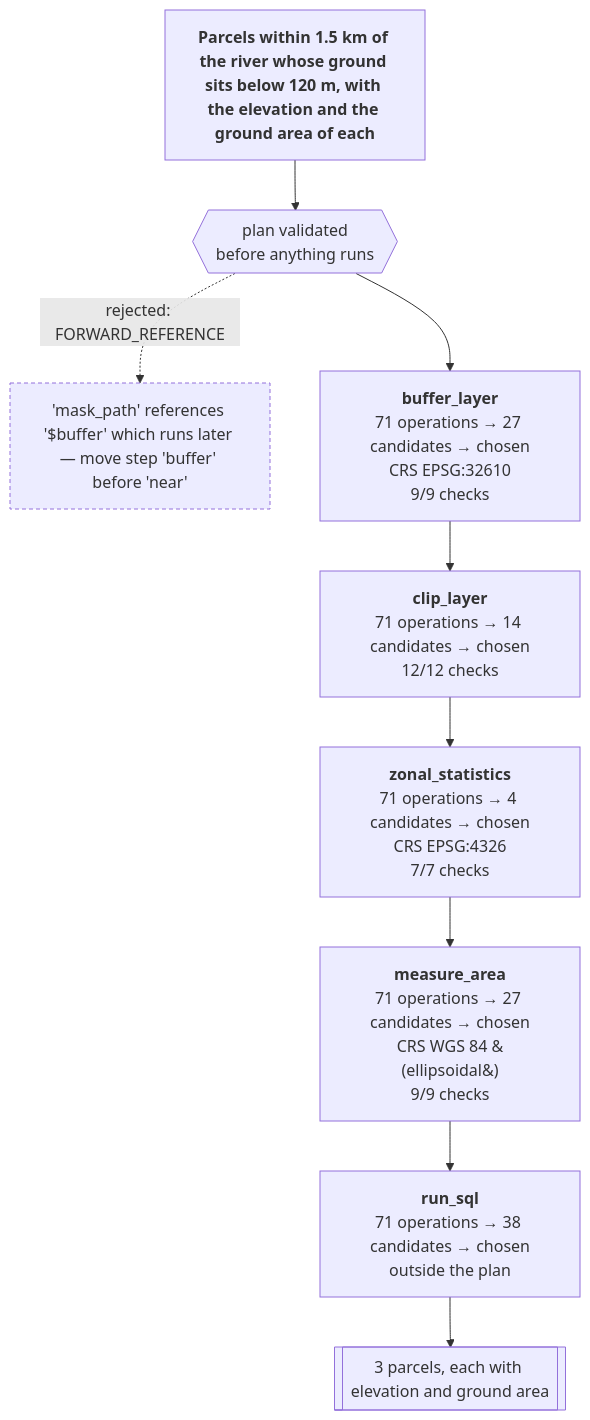
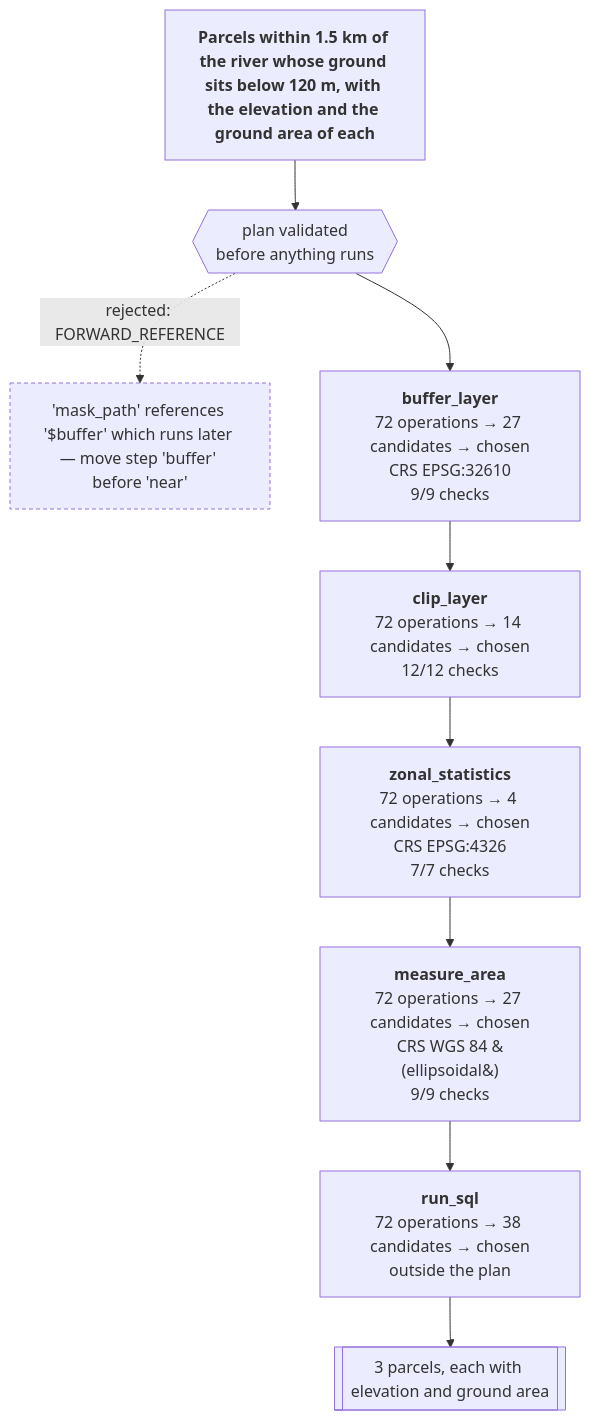
One commit to mapsmith-ai/MapSmith changed the diagram in README.md. Above: the diagram before and after it, drawn with Mermaid. The commit also changed other lines of this file and 1 other file, not shown here.

````diff
--- a/README.md
+++ b/README.md
@@ -507,20 +507,20 @@
 ```mermaid
 flowchart TB
   ASK["<b>Parcels within 1.5 km of the river whose ground sits below 120 m, with the elevation and the ground area of each</b>"]
   ASK --> PLAN{{"plan validated<br/>before anything runs"}}
   PLAN -. "rejected: FORWARD_REFERENCE" .-> BAD["'mask_path' references '$buffer' which runs later — move step 'buffer' before 'near'"]
   BAD:::bad
-  BUFFER["<b>buffer_layer</b><br/>71 operations &rarr; 27 candidates &rarr; chosen<br/>CRS EPSG:32610<br/>9/9 checks"]
+  BUFFER["<b>buffer_layer</b><br/>72 operations &rarr; 27 candidates &rarr; chosen<br/>CRS EPSG:32610<br/>9/9 checks"]
   PLAN --> BUFFER
-  NEAR["<b>clip_layer</b><br/>71 operations &rarr; 14 candidates &rarr; chosen<br/>12/12 checks"]
+  NEAR["<b>clip_layer</b><br/>72 operations &rarr; 14 candidates &rarr; chosen<br/>12/12 checks"]
   BUFFER --> NEAR
-  HEIGHT["<b>zonal_statistics</b><br/>71 operations &rarr; 4 candidates &rarr; chosen<br/>CRS EPSG:4326<br/>7/7 checks"]
+  HEIGHT["<b>zonal_statistics</b><br/>72 operations &rarr; 4 candidates &rarr; chosen<br/>CRS EPSG:4326<br/>7/7 checks"]
   NEAR --> HEIGHT
-  AREA["<b>measure_area</b><br/>71 operations &rarr; 27 candidates &rarr; chosen<br/>CRS WGS 84 &#40;ellipsoidal&#41;<br/>9/9 checks"]
+  AREA["<b>measure_area</b><br/>72 operations &rarr; 27 candidates &rarr; chosen<br/>CRS WGS 84 &#40;ellipsoidal&#41;<br/>9/9 checks"]
   HEIGHT --> AREA
-  FILTER["<b>run_sql</b><br/>71 operations &rarr; 38 candidates &rarr; chosen<br/>outside the plan"]
+  FILTER["<b>run_sql</b><br/>72 operations &rarr; 38 candidates &rarr; chosen<br/>outside the plan"]
   AREA --> FILTER
   OUT[["3 parcels, each with elevation and ground area"]]
   FILTER --> OUT
   classDef bad stroke-dasharray: 4 3
 ```
````
